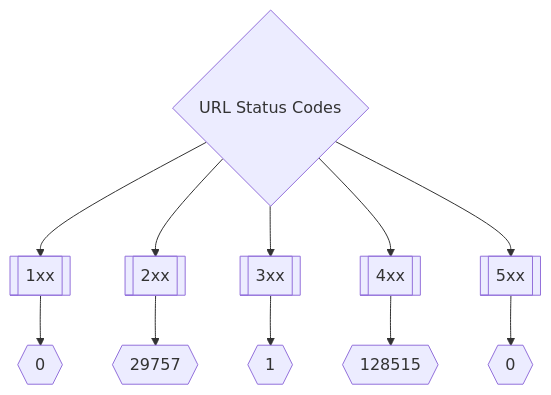
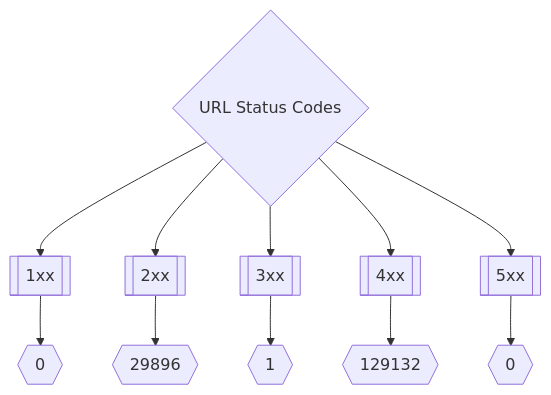
Before and after one commit to trickest/inventory: the second of 3 diagrams in README.md, drawn with Mermaid. The commit also changed other lines of this file and 107 other files, not shown here.

````diff
--- a/README.md
+++ b/README.md
@@ -173,8 +173,8 @@
 ```mermaid
 graph TD
 title{URL Status Codes} --> 1xx[[1xx]] --> status1xxNum{{0}}
-title --> 2xx[[2xx]] --> status2xxNum{{29757}}
+title --> 2xx[[2xx]] --> status2xxNum{{29896}}
 title --> 3xx[[3xx]] --> status3xxNum{{1}}
-title --> 4xx[[4xx]] --> status4xxNum{{128515}}
+title --> 4xx[[4xx]] --> status4xxNum{{129132}}
 title --> 5xx[[5xx]] --> status5xxNum{{0}}
 ```
````
